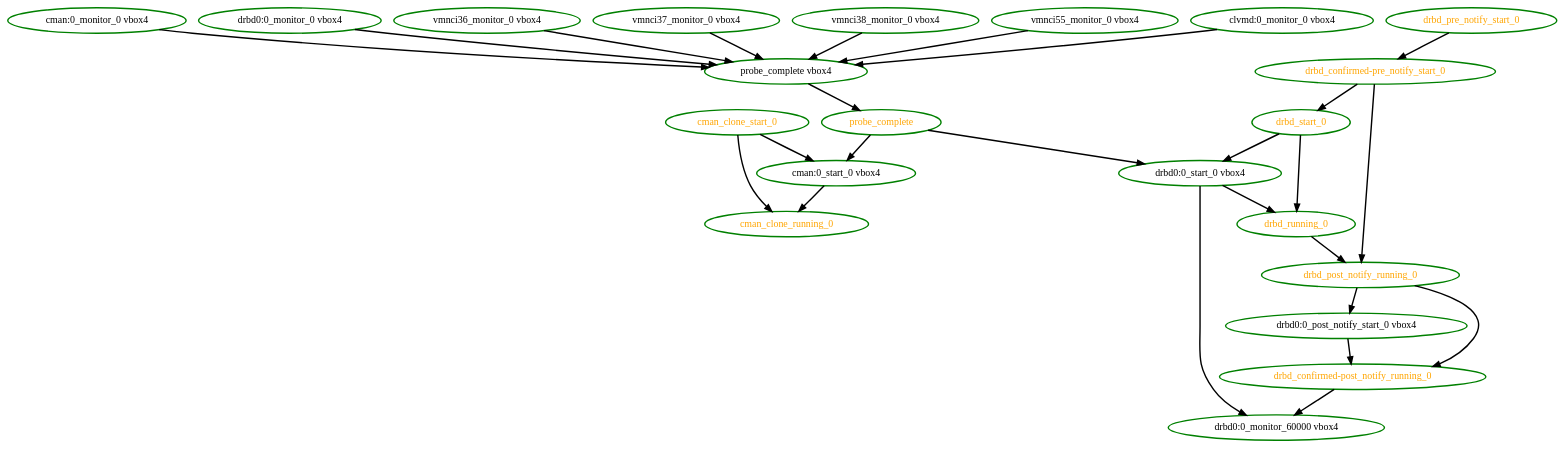
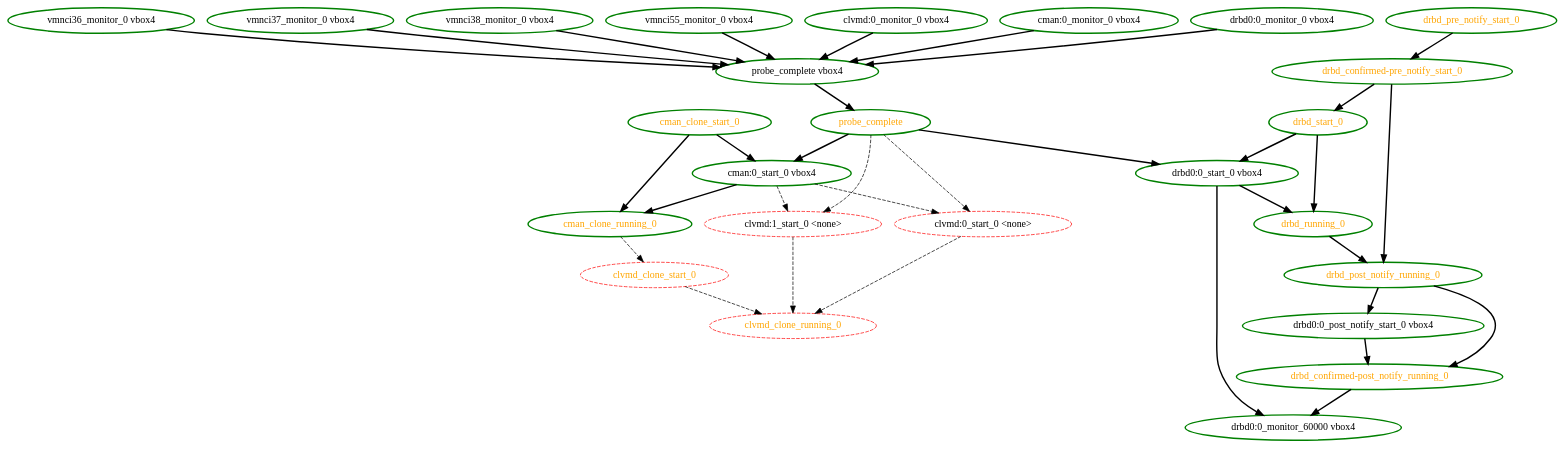
The diagram in pengine/test10/master-depend.dot (ClusterLabs/pacemaker), drawn with Graphviz before and after one commit. The commit also changed 2 other files, not shown here.

```diff
--- a/pengine/test10/master-depend.dot
+++ b/pengine/test10/master-depend.dot
@@ -1,48 +1,60 @@
 digraph "g" {
 "clvmd:0_monitor_0 vbox4" -> "probe_complete vbox4" [ style = bold]
 "clvmd:0_monitor_0 vbox4" [ style=bold color="green" fontcolor="black" ]
+"clvmd:0_start_0 <none>" -> "clvmd_clone_running_0" [ style = dashed]
+"clvmd:0_start_0 <none>" [ style=dashed color="red" fontcolor="black"]
+"clvmd:1_start_0 <none>" -> "clvmd_clone_running_0" [ style = dashed]
+"clvmd:1_start_0 <none>" [ style=dashed color="red" fontcolor="black"]
+"clvmd_clone_running_0" [ style=dashed color="red" fontcolor="orange"]
+"clvmd_clone_start_0" -> "clvmd_clone_running_0" [ style = dashed]
+"clvmd_clone_start_0" [ style=dashed color="red" fontcolor="orange"]
 "cman:0_monitor_0 vbox4" -> "probe_complete vbox4" [ style = bold]
 "cman:0_monitor_0 vbox4" [ style=bold color="green" fontcolor="black" ]
+"cman:0_start_0 vbox4" -> "clvmd:0_start_0 <none>" [ style = dashed]
+"cman:0_start_0 vbox4" -> "clvmd:1_start_0 <none>" [ style = dashed]
 "cman:0_start_0 vbox4" -> "cman_clone_running_0" [ style = bold]
 "cman:0_start_0 vbox4" [ style=bold color="green" fontcolor="black" ]
+"cman_clone_running_0" -> "clvmd_clone_start_0" [ style = dashed]
 "cman_clone_running_0" [ style=bold color="green" fontcolor="orange" ]
 "cman_clone_start_0" -> "cman:0_start_0 vbox4" [ style = bold]
 "cman_clone_start_0" -> "cman_clone_running_0" [ style = bold]
 "cman_clone_start_0" [ style=bold color="green" fontcolor="orange" ]
 "drbd0:0_monitor_0 vbox4" -> "probe_complete vbox4" [ style = bold]
 "drbd0:0_monitor_0 vbox4" [ style=bold color="green" fontcolor="black" ]
 "drbd0:0_monitor_60000 vbox4" [ style=bold color="green" fontcolor="black" ]
 "drbd0:0_post_notify_start_0 vbox4" -> "drbd_confirmed-post_notify_running_0" [ style = bold]
 "drbd0:0_post_notify_start_0 vbox4" [ style=bold color="green" fontcolor="black" ]
 "drbd0:0_start_0 vbox4" -> "drbd0:0_monitor_60000 vbox4" [ style = bold]
 "drbd0:0_start_0 vbox4" -> "drbd_running_0" [ style = bold]
 "drbd0:0_start_0 vbox4" [ style=bold color="green" fontcolor="black" ]
 "drbd_confirmed-post_notify_running_0" -> "drbd0:0_monitor_60000 vbox4" [ style = bold]
 "drbd_confirmed-post_notify_running_0" [ style=bold color="green" fontcolor="orange" ]
 "drbd_confirmed-pre_notify_start_0" -> "drbd_post_notify_running_0" [ style = bold]
 "drbd_confirmed-pre_notify_start_0" -> "drbd_start_0" [ style = bold]
 "drbd_confirmed-pre_notify_start_0" [ style=bold color="green" fontcolor="orange" ]
 "drbd_post_notify_running_0" -> "drbd0:0_post_notify_start_0 vbox4" [ style = bold]
 "drbd_post_notify_running_0" -> "drbd_confirmed-post_notify_running_0" [ style = bold]
 "drbd_post_notify_running_0" [ style=bold color="green" fontcolor="orange" ]
 "drbd_pre_notify_start_0" -> "drbd_confirmed-pre_notify_start_0" [ style = bold]
 "drbd_pre_notify_start_0" [ style=bold color="green" fontcolor="orange" ]
 "drbd_running_0" -> "drbd_post_notify_running_0" [ style = bold]
 "drbd_running_0" [ style=bold color="green" fontcolor="orange" ]
 "drbd_start_0" -> "drbd0:0_start_0 vbox4" [ style = bold]
 "drbd_start_0" -> "drbd_running_0" [ style = bold]
 "drbd_start_0" [ style=bold color="green" fontcolor="orange" ]
 "probe_complete vbox4" -> "probe_complete" [ style = bold]
 "probe_complete vbox4" [ style=bold color="green" fontcolor="black" ]
+"probe_complete" -> "clvmd:0_start_0 <none>" [ style = dashed]
+"probe_complete" -> "clvmd:1_start_0 <none>" [ style = dashed]
 "probe_complete" -> "cman:0_start_0 vbox4" [ style = bold]
 "probe_complete" -> "drbd0:0_start_0 vbox4" [ style = bold]
 "probe_complete" [ style=bold color="green" fontcolor="orange" ]
 "vmnci36_monitor_0 vbox4" -> "probe_complete vbox4" [ style = bold]
 "vmnci36_monitor_0 vbox4" [ style=bold color="green" fontcolor="black" ]
 "vmnci37_monitor_0 vbox4" -> "probe_complete vbox4" [ style = bold]
 "vmnci37_monitor_0 vbox4" [ style=bold color="green" fontcolor="black" ]
 "vmnci38_monitor_0 vbox4" -> "probe_complete vbox4" [ style = bold]
 "vmnci38_monitor_0 vbox4" [ style=bold color="green" fontcolor="black" ]
 "vmnci55_monitor_0 vbox4" -> "probe_complete vbox4" [ style = bold]
 "vmnci55_monitor_0 vbox4" [ style=bold color="green" fontcolor="black" ]
 }
```
